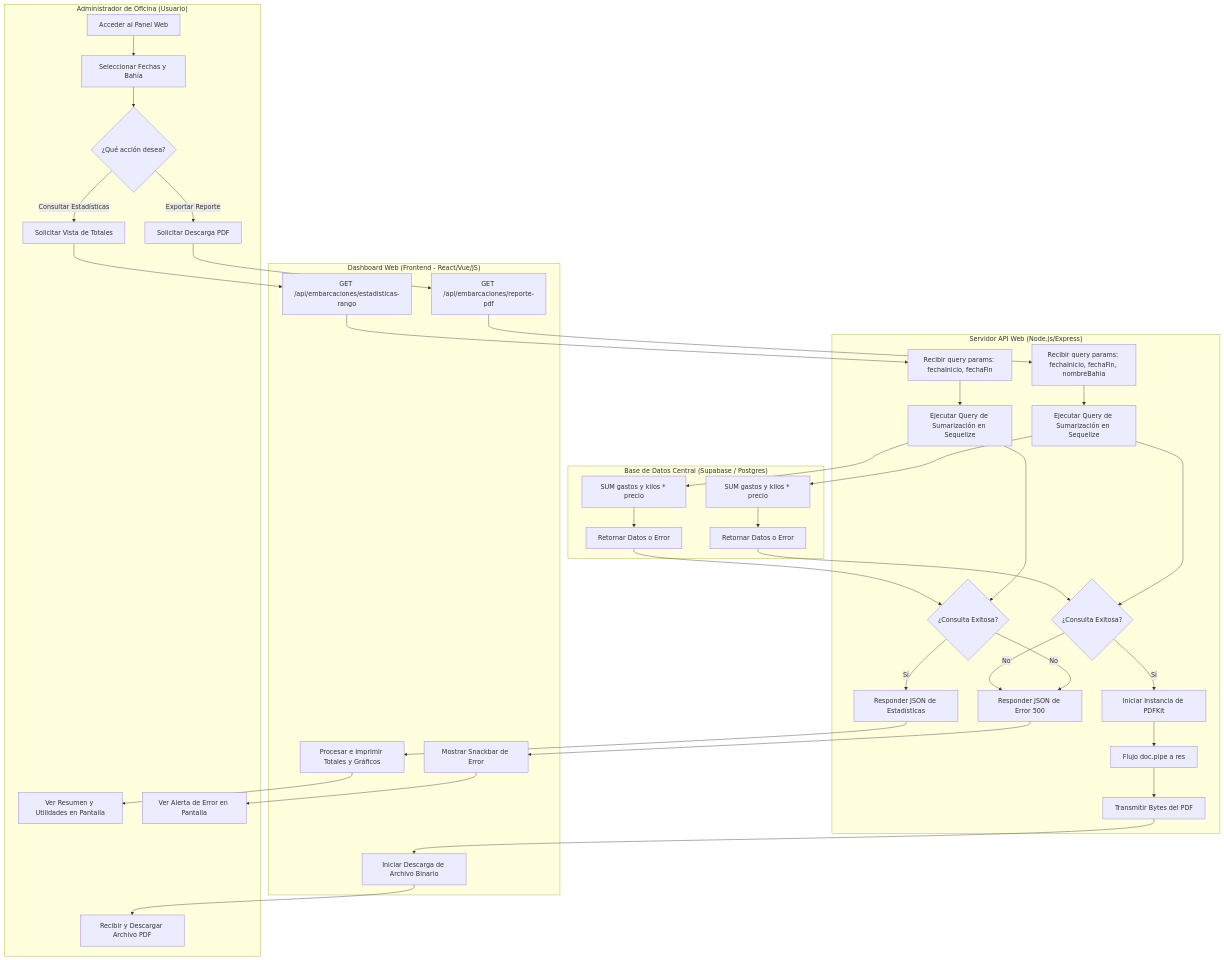
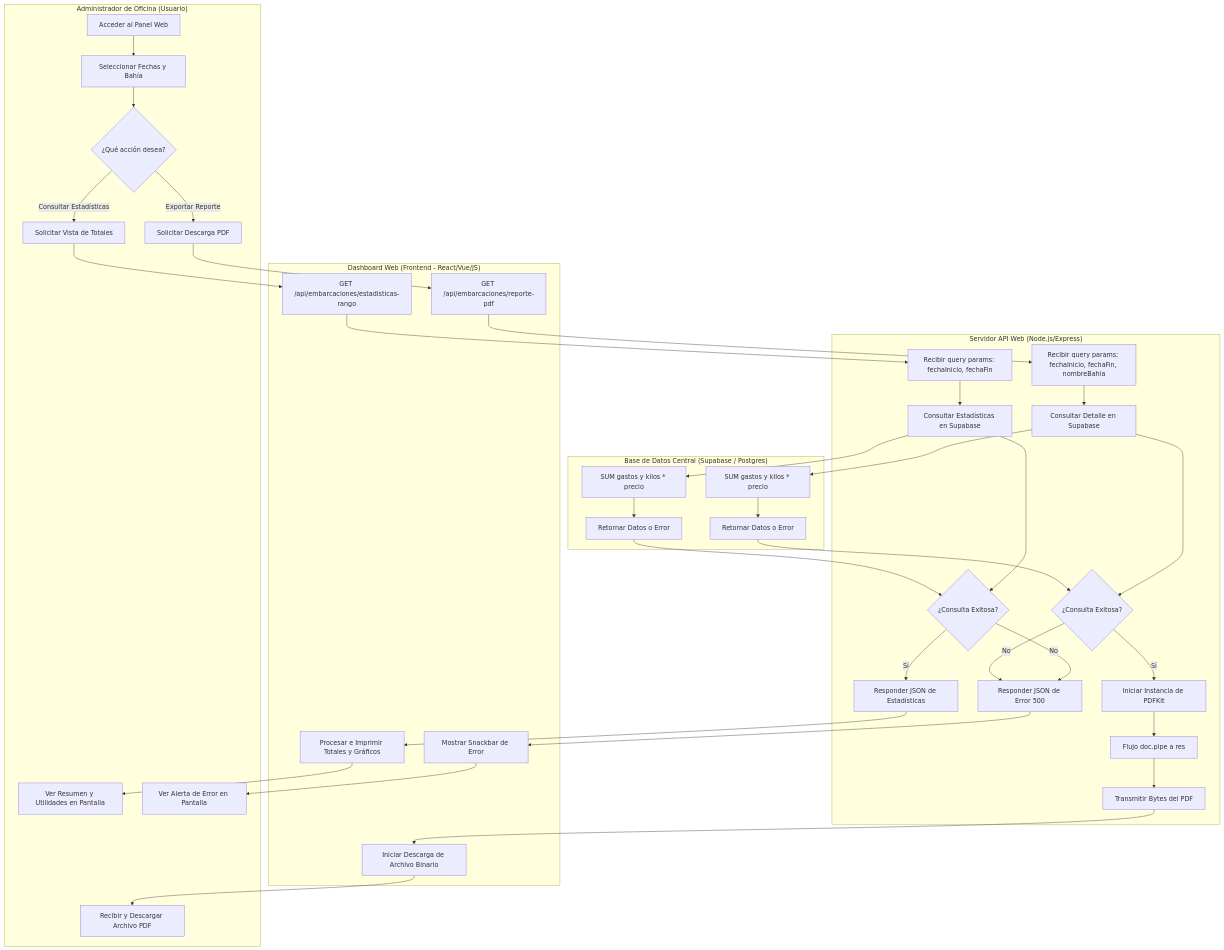
One commit to brismarinatracker-corporation/Brismar changed the first of 2 diagrams in docs/brismar_brain/flujos/FLUJO_03_REPORTE_FINANCIERO.md. Above: the diagram before and after it, drawn with Mermaid. The commit also changed other lines of this file and 46 other files, not shown here.

````diff
--- a/docs/brismar_brain/flujos/FLUJO_03_REPORTE_FINANCIERO.md
+++ b/docs/brismar_brain/flujos/FLUJO_03_REPORTE_FINANCIERO.md
@@ -11,53 +11,53 @@
 ```mermaid
 graph TB
     subgraph Admin ["Administrador de Oficina (Usuario)"]
         Start[Acceder al Panel Web] --> Form[Seleccionar Fechas y Bahía]
         Form --> ClickQuery{¿Qué acción desea?}
         ClickQuery -->|Consultar Estadísticas| ReqStats[Solicitar Vista de Totales]
         ClickQuery -->|Exportar Reporte| ReqPDF[Solicitar Descarga PDF]
         ShowWeb[Ver Resumen y Utilidades en Pantalla]
         DownloadPDF[Recibir y Descargar Archivo PDF]
         ShowError[Ver Alerta de Error en Pantalla]
     end
 
     subgraph Front ["Dashboard Web (Frontend - React/Vue/JS)"]
         ReqStats --> CallStatsAPI[GET /api/embarcaciones/estadisticas-rango]
         ReqPDF --> CallPdfAPI[GET /api/embarcaciones/reporte-pdf]
         RenderStats[Procesar e Imprimir Totales y Gráficos] --> ShowWeb
         TriggerDownload[Iniciar Descarga de Archivo Binario] --> DownloadPDF
         RenderError[Mostrar Snackbar de Error] --> ShowError
     end
 
     subgraph Backend ["Servidor API Web (Node.js/Express)"]
         CallStatsAPI --> GetStats[Recibir query params: fechaInicio, fechaFin]
         CallPdfAPI --> GetPdfReq[Recibir query params: fechaInicio, fechaFin, nombreBahia]
         
-        GetStats --> RunSeqStats[Ejecutar Query de Sumarización en Sequelize]
-        GetPdfReq --> RunSeqPdf[Ejecutar Query de Sumarización en Sequelize]
+        GetStats --> RunSupabaseStats[Consultar Estadísticas en Supabase]
+        GetPdfReq --> RunSupabasePdf[Consultar Detalle en Supabase]
         
-        RunSeqStats --> CheckStats{¿Consulta Exitosa?}
-        RunSeqPdf --> CheckPdf{¿Consulta Exitosa?}
+        RunSupabaseStats --> CheckStats{¿Consulta Exitosa?}
+        RunSupabasePdf --> CheckPdf{¿Consulta Exitosa?}
         
         CheckStats -->|Sí| ReturnJson[Responder JSON de Estadísticas]
         CheckStats -->|No| ReturnError[Responder JSON de Error 500]
         
         CheckPdf -->|Sí| CompilePDF[Iniciar Instancia de PDFKit]
         CheckPdf -->|No| ReturnError
         
         ReturnJson --> RenderStats
         ReturnError --> RenderError
         
         CompilePDF --> StreamPDF[Flujo doc.pipe a res]
         StreamPDF --> ReturnBytes[Transmitir Bytes del PDF]
         ReturnBytes --> TriggerDownload
     end
 
     subgraph CentralDB ["Base de Datos Central (Supabase / Postgres)"]
-        RunSeqStats --> DbQueryStats[SUM gastos y kilos * precio]
-        RunSeqPdf --> DbQueryPdf[SUM gastos y kilos * precio]
+        RunSupabaseStats --> DbQueryStats[SUM gastos y kilos * precio]
+        RunSupabasePdf --> DbQueryPdf[SUM gastos y kilos * precio]
         DbQueryStats --> ReturnStatsData[Retornar Datos o Error]
         DbQueryPdf --> ReturnPdfData[Retornar Datos o Error]
         ReturnStatsData --> CheckStats
         ReturnPdfData --> CheckPdf
     end
 ```
````
